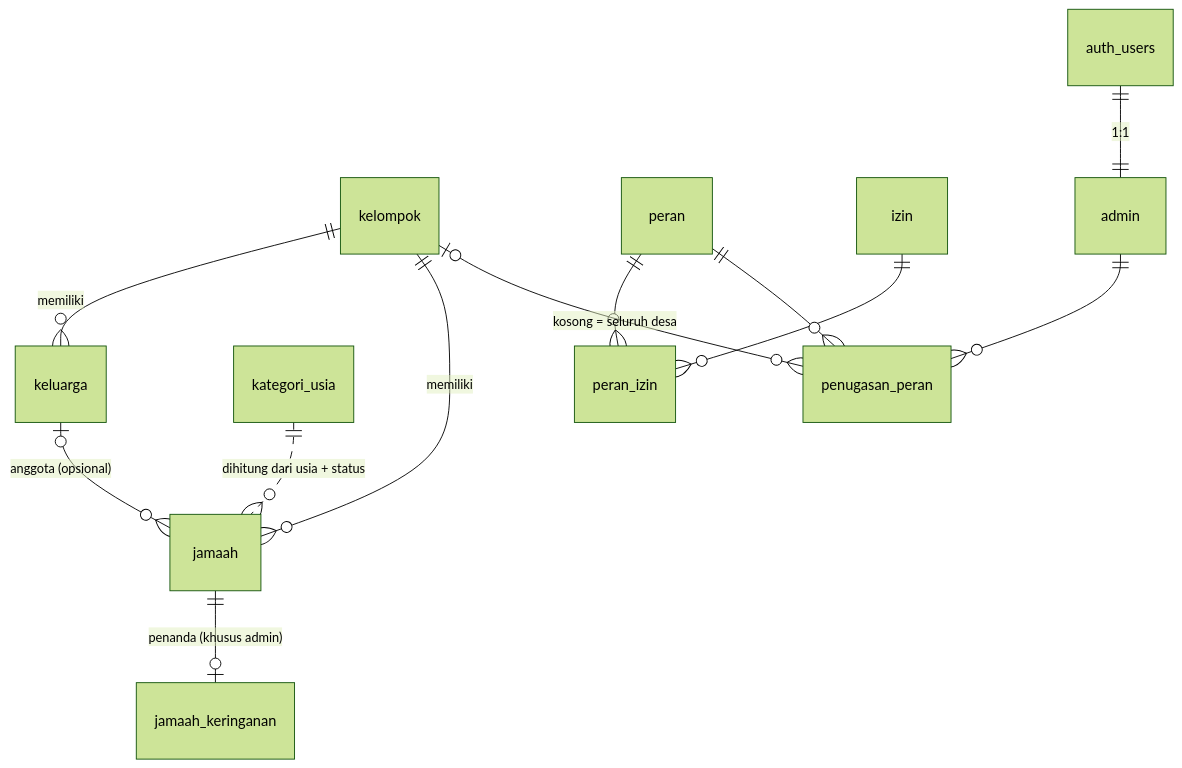
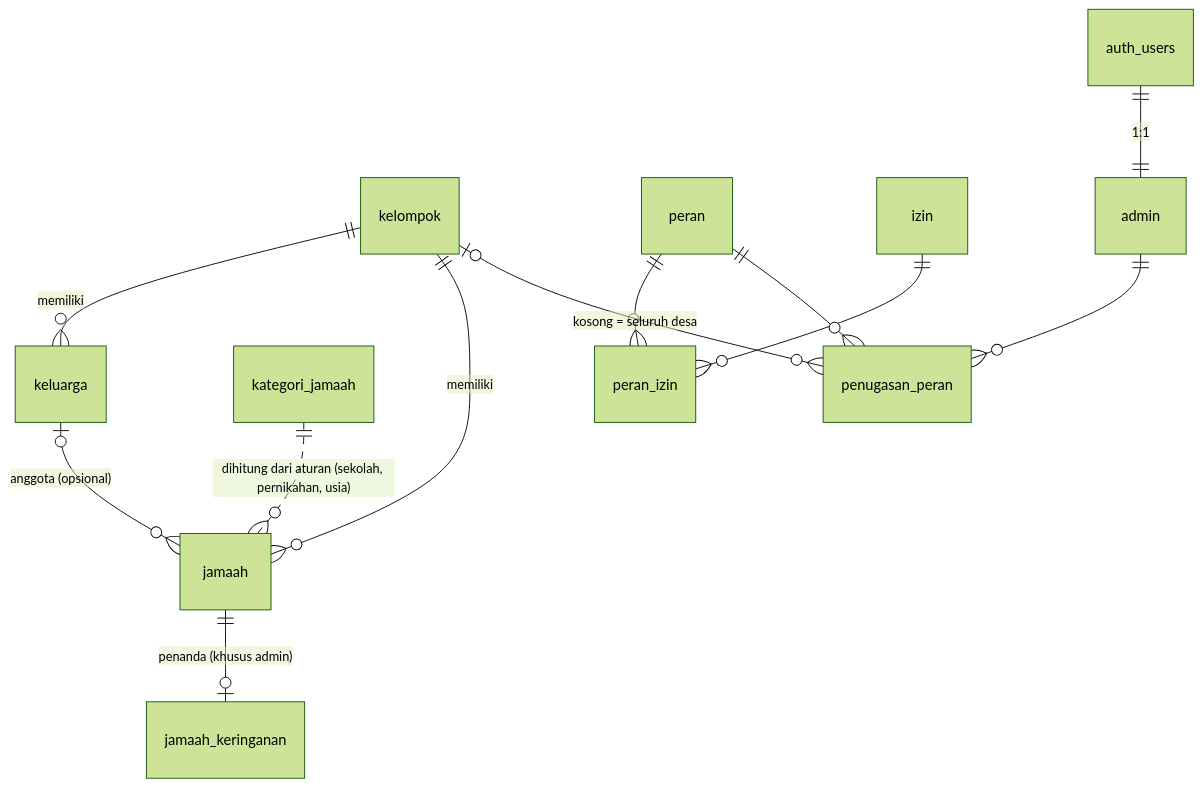
Before and after one commit to Moreno19Ryan/kawanku-app: the diagram in docs/schema-proposal.md, drawn with Mermaid (forest theme). The commit also changed other lines of this file and 1 other file, not shown here.

First line of the commit message:
docs: kategori jamaah berbasis aturan data, status sekolah & janda_duda

````diff
--- a/docs/schema-proposal.md
+++ b/docs/schema-proposal.md
@@ -41,14 +42,14 @@
 ```mermaid
 erDiagram
   kelompok ||--o{ keluarga : memiliki
   kelompok ||--o{ jamaah : memiliki
   keluarga |o--o{ jamaah : "anggota (opsional)"
   jamaah ||--o| jamaah_keringanan : "penanda (khusus admin)"
-  kategori_usia ||..o{ jamaah : "dihitung dari usia + status"
+  kategori_jamaah ||..o{ jamaah : "dihitung dari aturan (sekolah, pernikahan, usia)"
   peran ||--o{ peran_izin : ""
   izin ||--o{ peran_izin : ""
   admin ||--o{ penugasan_peran : ""
   peran ||--o{ penugasan_peran : ""
   kelompok |o--o{ penugasan_peran : "kosong = seluruh desa"
   auth_users ||--|| admin : "1:1"
 ```
````
